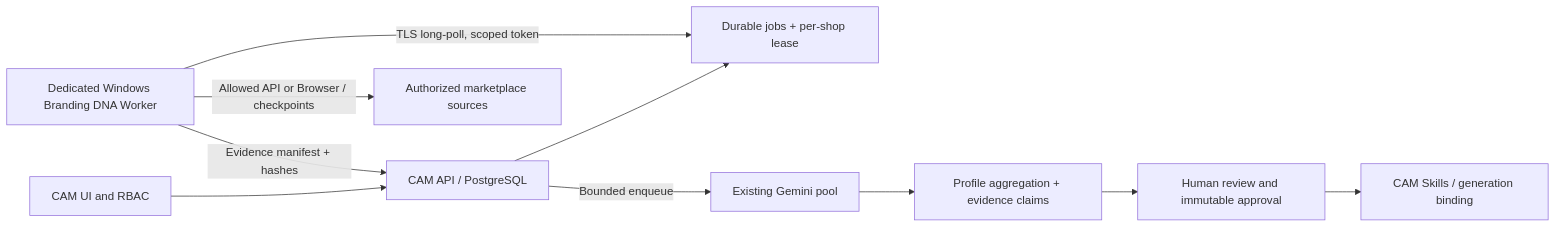
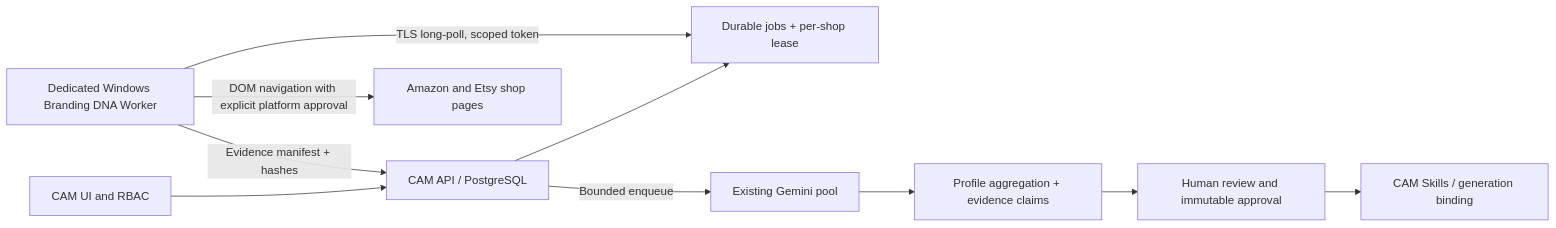
One commit to BaoNghiaNghia/creative-asset-manager changed the diagram in docs/features/branding-dna/WORKER_ARCHITECTURE.md. Above: the diagram before and after it, drawn with Mermaid. The commit also changed other lines of this file and 43 other files, not shown here.

Commit message:
feat(branding-dna): add permission-gated Amazon Etsy browser agent pilot

````diff
--- a/docs/features/branding-dna/WORKER_ARCHITECTURE.md
+++ b/docs/features/branding-dna/WORKER_ARCHITECTURE.md
@@ -19,12 +19,12 @@
 ```mermaid
 flowchart LR
   CAM[CAM UI and RBAC] --> API[CAM API / PostgreSQL]
   API --> Jobs[Durable jobs + per-shop lease]
   W[Dedicated Windows Branding DNA Worker] -->|TLS long-poll, scoped token| Jobs
-  W -->|Allowed API or Browser / checkpoints| Sites[Authorized marketplace sources]
+  W -->|DOM navigation with explicit platform approval| Sites[Amazon and Etsy shop pages]
   W -->|Evidence manifest + hashes| API
   API -->|Bounded enqueue| G[Existing Gemini pool]
   G --> A[Profile aggregation + evidence claims]
   A --> Review[Human review and immutable approval]
   Review --> Skills[CAM Skills / generation binding]
 ```
````
